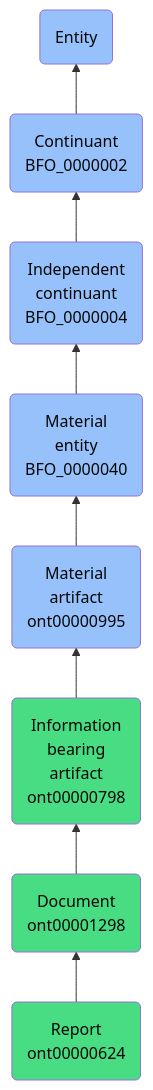
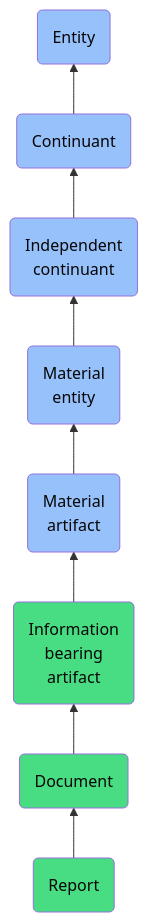
One commit to jupyter-naas/abi changed the diagram in docs/ontology/reference/model/Entity/Continuant/Independent continuant/Material entity/Material artifact/Information bearing artifact/Document/Report/Report.md. Above: the diagram before and after it, drawn with Mermaid. The commit also changed other lines of this file and 1430 other files, not shown here.

````diff
--- a/docs/ontology/reference/model/Entity/Continuant/Independent continuant/Material entity/Material artifact/Information bearing artifact/Document/Report/Report.md
+++ b/docs/ontology/reference/model/Entity/Continuant/Independent continuant/Material entity/Material artifact/Information bearing artifact/Document/Report/Report.md
@@ -24,15 +24,15 @@
 ```mermaid
 graph BT
-    ont00000624(Report<br>ont00000624):::ABI-->ont00001298
-    ont00001298(Document<br>ont00001298):::ABI-->ont00000798
-    ont00000798(Information<br>bearing<br>artifact<br>ont00000798):::ABI-->ont00000995
-    ont00000995(Material<br>artifact<br>ont00000995):::BFO-->BFO_0000040
-    BFO_0000040(Material<br>entity<br>BFO_0000040):::BFO-->BFO_0000004
-    BFO_0000004(Independent<br>continuant<br>BFO_0000004):::BFO-->BFO_0000002
-    BFO_0000002(Continuant<br>BFO_0000002):::BFO-->BFO_0000001
+    ont00000624(Report):::ABI-->ont00001298
+    ont00001298(Document):::ABI-->ont00000798
+    ont00000798(Information<br>bearing<br>artifact):::ABI-->ont00000995
+    ont00000995(Material<br>artifact):::BFO-->BFO_0000040
+    BFO_0000040(Material<br>entity):::BFO-->BFO_0000004
+    BFO_0000004(Independent<br>continuant):::BFO-->BFO_0000002
+    BFO_0000002(Continuant):::BFO-->BFO_0000001
     BFO_0000001(Entity):::BFO
     
     classDef BFO fill:#97c1fb,color:#060606
     classDef CCO fill:#e4c51e,color:#060606
     classDef ABI fill:#48DD82,color:#060606
 ```
````
